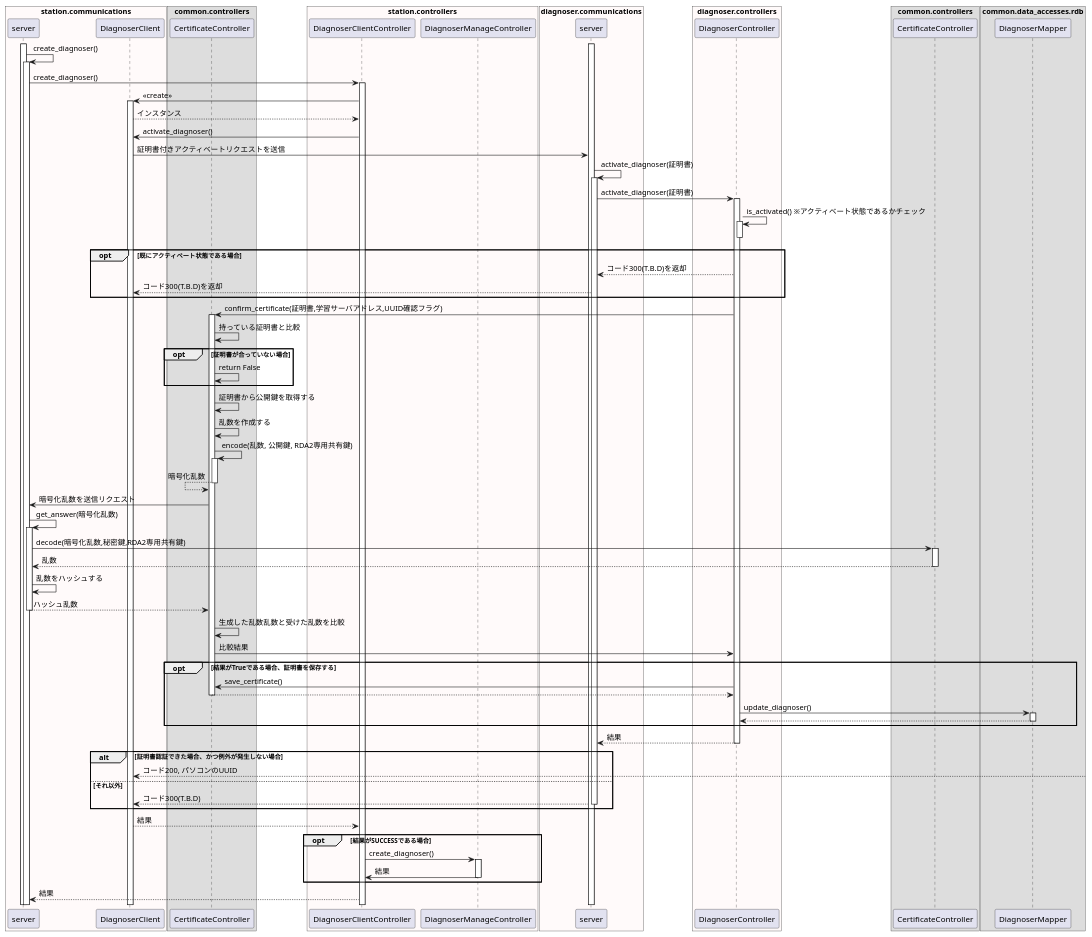
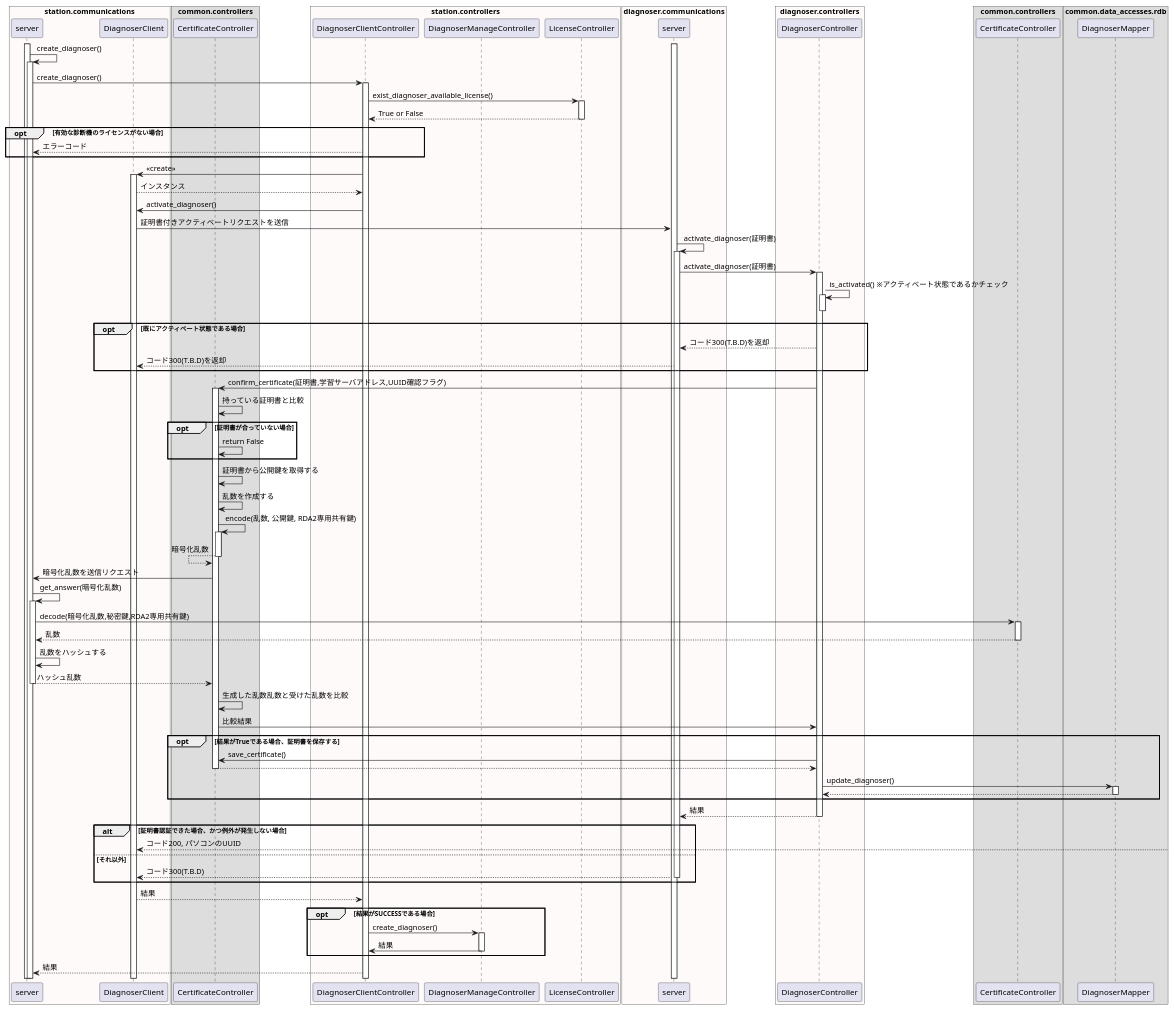
One commit to lengocsonit/puml changed the diagram in ライセンス＿シーケンス_診断機をアクティベート化する.pu. Above: the diagram before and after it, drawn with PlantUML. The commit also changed 2 other files, not shown here.

```diff
--- a/ライセンス＿シーケンス_診断機をアクティベート化する.pu
+++ b/ライセンス＿シーケンス_診断機をアクティベート化する.pu
@@ -2,111 +2,120 @@
 @startuml 診断機をアクティベートにする
 
 box "station.communications" #Snow
     participant server as stationserver
     participant DiagnoserClient as diagnoserclient
 end box
 
 box "common.controllers"
     participant CertificateController as certificatecontroller
 end box
 
 box "station.controllers" #Snow
     participant DiagnoserClientController as diagnoserclientcontroller
     participant DiagnoserManageController as diagnosermanagecontroller
+    participant LicenseController as licensecontroller
 end box
 
 box "diagnoser.communications" #Snow
     participant server as diagnoserserver
 end box
 
 box "diagnoser.controllers" #Snow
     participant DiagnoserController as diagnosercontroller
 end box
 box "common.controllers"
     participant "CertificateController" as certificatecontroller2
 end box
 
 box "common.data_accesses.rdb"
     participant DiagnoserMapper as diagnosermapper
 end box
 
 activate stationserver
 activate diagnoserserver
 stationserver -> stationserver: create_diagnoser()
 activate stationserver
 stationserver -> diagnoserclientcontroller: create_diagnoser()
 activate diagnoserclientcontroller
+    diagnoserclientcontroller -> licensecontroller: exist_diagnoser_available_license()
+    activate licensecontroller
+        licensecontroller --> diagnoserclientcontroller: True or False
+        deactivate licensecontroller
+        opt 有効な診断機のライセンスがない場合
+            stationserver <-- diagnoserclientcontroller: エラーコード
+        end opt
+    deactivate licensecontroller
     diagnoserclientcontroller -> diagnoserclient: <<create>>
     activate diagnoserclient
         diagnoserclient --> diagnoserclientcontroller: インスタンス
     diagnoserclientcontroller -> diagnoserclient: activate_diagnoser()
     diagnoserclient -> diagnoserserver: 証明書付きアクティベートリクエストを送信
     diagnoserserver -> diagnoserserver: activate_diagnoser(証明書)
     activate diagnoserserver
     diagnoserserver -> diagnosercontroller: activate_diagnoser(証明書)
     activate diagnosercontroller
     diagnosercontroller -> diagnosercontroller: is_activated() ※アクティベート状態であるかチェック
     activate diagnosercontroller
 
     deactivate diagnosercontroller
 
     opt 既にアクティベート状態である場合
         diagnoserserver <-- diagnosercontroller: コード300(T.B.D)を返却
         diagnoserclient <-- diagnoserserver: コード300(T.B.D)を返却
     end opt
 
 diagnosercontroller -> certificatecontroller: confirm_certificate(証明書,学習サーバアドレス,UUID確認フラグ)
 activate certificatecontroller
 certificatecontroller -> certificatecontroller: 持っている証明書と比較
 opt 証明書が合っていない場合
     certificatecontroller -> certificatecontroller: return False
 end opt
 certificatecontroller -> certificatecontroller: 証明書から公開鍵を取得する
 certificatecontroller -> certificatecontroller: 乱数を作成する
 certificatecontroller -> certificatecontroller: encode(乱数, 公開鍵, RDA2専用共有鍵)
 activate certificatecontroller
     certificatecontroller <-- certificatecontroller: 暗号化乱数
 deactivate certificatecontroller
 certificatecontroller -> stationserver: 暗号化乱数を送信リクエスト
 stationserver -> stationserver: get_answer(暗号化乱数)
 activate stationserver
     stationserver -> certificatecontroller2: decode(暗号化乱数,秘密鍵,RDA2専用共有鍵)
 activate certificatecontroller2
     stationserver <-- certificatecontroller2: 乱数
 deactivate certificatecontroller2
 stationserver -> stationserver: 乱数をハッシュする
 certificatecontroller <-- stationserver: ハッシュ乱数
 deactivate stationserver
 certificatecontroller -> certificatecontroller: 生成した乱数乱数と受けた乱数を比較
 certificatecontroller -> diagnosercontroller: 比較結果
 opt 結果がTrueである場合、証明書を保存する
 diagnosercontroller -> certificatecontroller: save_certificate()
 certificatecontroller --> diagnosercontroller:
 deactivate certificatecontroller
 diagnosercontroller -> diagnosermapper: update_diagnoser()
 activate diagnosermapper
 diagnosercontroller <-- diagnosermapper: 
 deactivate diagnosermapper
 deactivate certificatecontroller
 end opt
 
 diagnoserserver <-- diagnosercontroller: 結果
 deactivate diagnosercontroller
 
 alt 証明書認証できた場合、かつ例外が発生しない場合
     diagnoserclient <-- : コード200, パソコンのUUID
 else それ以外
     diagnoserclient <-- diagnoserserver: コード300(T.B.D)
     deactivate diagnoserserver
 end alt
 
 diagnoserclient --> diagnoserclientcontroller: 結果
 
 opt 結果がSUCCESSである場合
     diagnoserclientcontroller -> diagnosermanagecontroller: create_diagnoser()
     activate diagnosermanagecontroller
     diagnoserclientcontroller <- diagnosermanagecontroller: 結果
     deactivate diagnosermanagecontroller
 end
 stationserver <-- diagnoserclientcontroller: 結果
 @enduml
```
